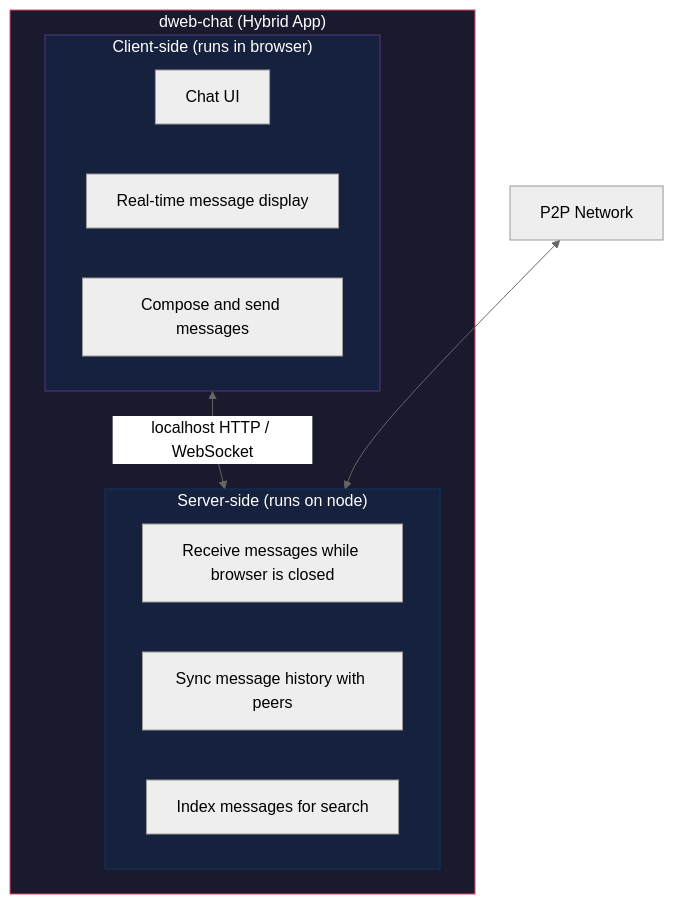
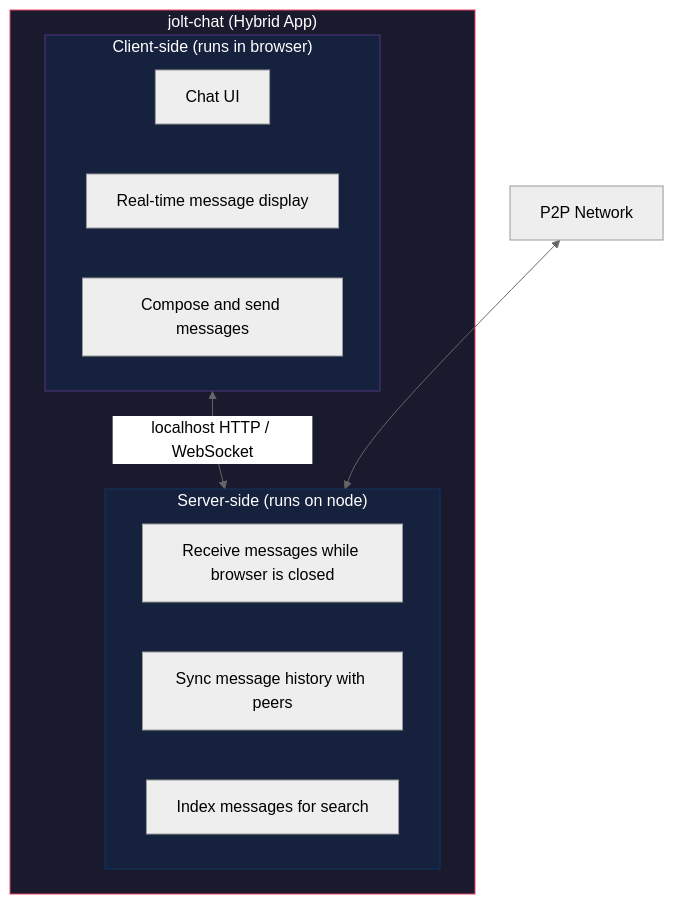
The second of 2 diagrams in docs/04-wasm-runtime.md (alexanderwanyoike/jolt), drawn with Mermaid (neutral theme) before and after one commit. The commit also changed other lines of this file and 148 other files, not shown here.

Commit message:
Rename dweb to jolt and improve daemon discovery

````diff
--- a/docs/04-wasm-runtime.md
+++ b/docs/04-wasm-runtime.md
@@ -64,24 +64,24 @@
 ```mermaid
 graph TD
-    subgraph hybrid["dweb-chat (Hybrid App)"]
+    subgraph hybrid["jolt-chat (Hybrid App)"]
         subgraph server["Server-side (runs on node)"]
             S1["Receive messages while browser is closed"]
             S2["Sync message history with peers"]
             S3["Index messages for search"]
         end
 
         subgraph client["Client-side (runs in browser)"]
             C1["Chat UI"]
             C2["Real-time message display"]
             C3["Compose and send messages"]
         end
 
         client <-->|localhost HTTP / WebSocket| server
     end
 
     P2P["P2P Network"] <--> server
 
     style hybrid fill:#1a1a2e,stroke:#e94560,color:#fff
     style server fill:#16213e,stroke:#0f3460,color:#fff
     style client fill:#16213e,stroke:#533483,color:#fff
 ```
````
